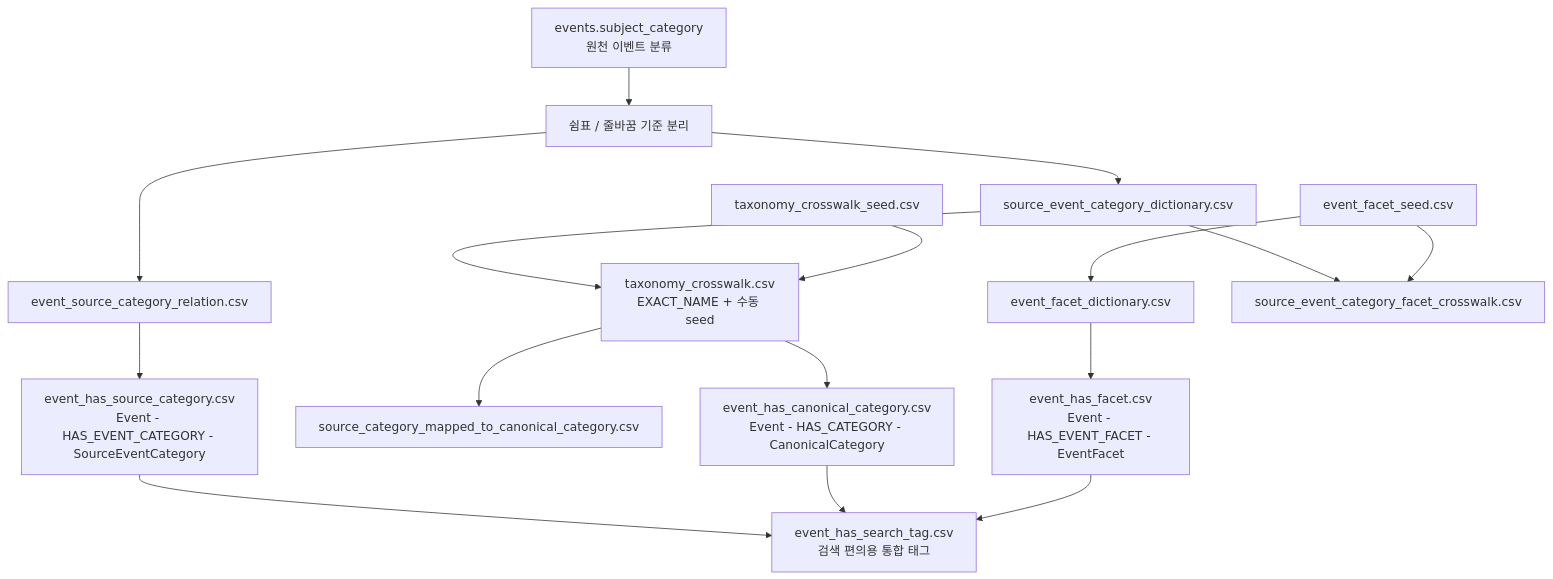
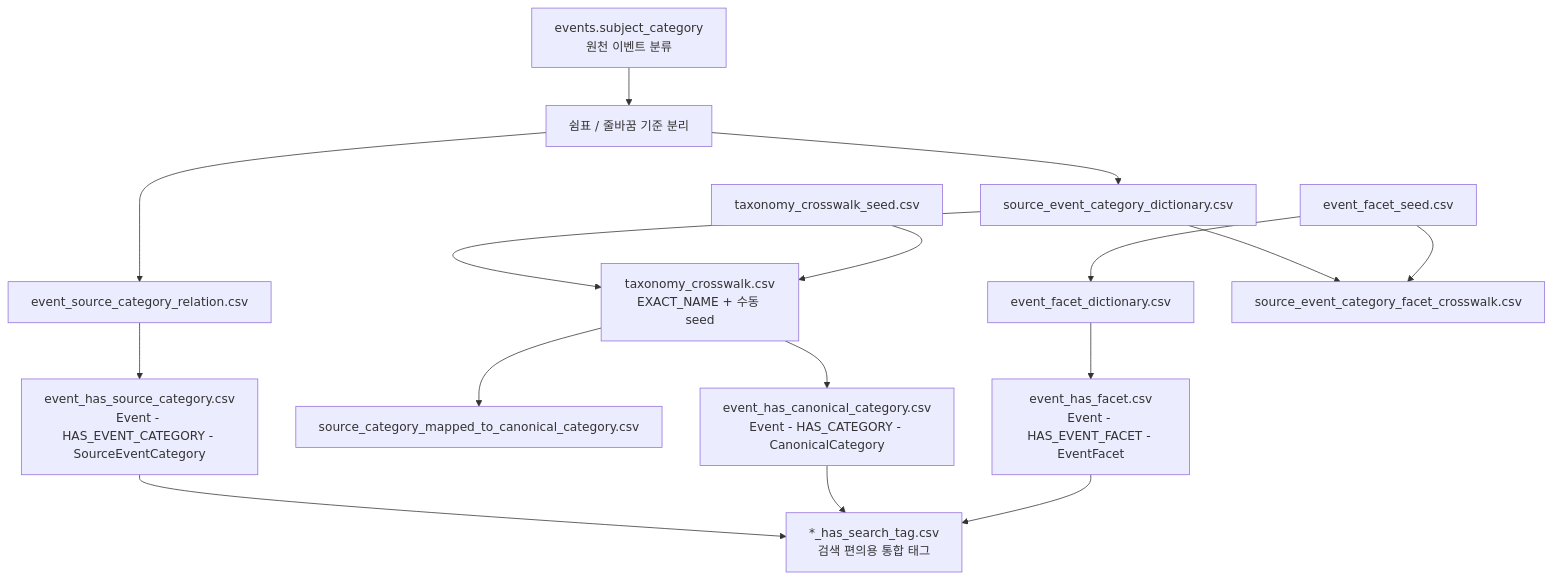
Diagram 13 of 20 in docs/neo4j/neo4j_implementation_mermaid_flow.md (SKNETWORKS-FAMILY-AICAMP/SKN27-FINAL-2Team), drawn with Mermaid before and after one commit. The commit also changed other lines of this file and 20 other files, not shown here.

````diff
--- a/docs/neo4j/neo4j_implementation_mermaid_flow.md
+++ b/docs/neo4j/neo4j_implementation_mermaid_flow.md
@@ -589,37 +599,37 @@
 ```mermaid
 flowchart TB
     event_subject["events.subject_category<br/>원천 이벤트 분류"]
     split_event_cat["쉼표 / 줄바꿈 기준 분리"]
     source_event_dict["source_event_category_dictionary.csv"]
     event_source_relation["event_source_category_relation.csv"]
     event_has_source["event_has_source_category.csv<br/>Event - HAS_EVENT_CATEGORY - SourceEventCategory"]
 
     taxonomy_seed["taxonomy_crosswalk_seed.csv"]
     taxonomy_crosswalk["taxonomy_crosswalk.csv<br/>EXACT_NAME + 수동 seed"]
     source_to_canonical["source_category_mapped_to_canonical_category.csv"]
     event_has_canonical["event_has_canonical_category.csv<br/>Event - HAS_CATEGORY - CanonicalCategory"]
 
     facet_seed["event_facet_seed.csv"]
     event_facet_dict["event_facet_dictionary.csv"]
     source_event_facet_crosswalk["source_event_category_facet_crosswalk.csv"]
     event_has_facet["event_has_facet.csv<br/>Event - HAS_EVENT_FACET - EventFacet"]
 
-    search_tag["event_has_search_tag.csv<br/>검색 편의용 통합 태그"]
+    search_tag["*_has_search_tag.csv<br/>검색 편의용 통합 태그"]
 
     event_subject --> split_event_cat --> source_event_dict
     split_event_cat --> event_source_relation --> event_has_source
 
     source_event_dict --> taxonomy_crosswalk
     taxonomy_seed --> taxonomy_crosswalk
     taxonomy_crosswalk --> source_to_canonical
     taxonomy_crosswalk --> event_has_canonical
 
     source_event_dict --> source_event_facet_crosswalk
     facet_seed --> event_facet_dict
     facet_seed --> source_event_facet_crosswalk
     event_facet_dict --> event_has_facet
 
     event_has_source --> search_tag
     event_has_canonical --> search_tag
     event_has_facet --> search_tag
 ```
````
